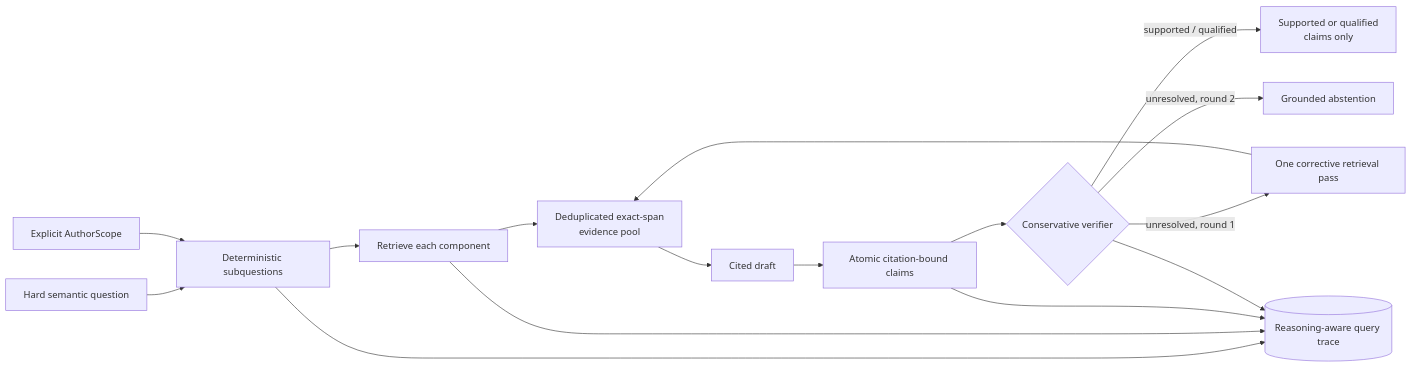
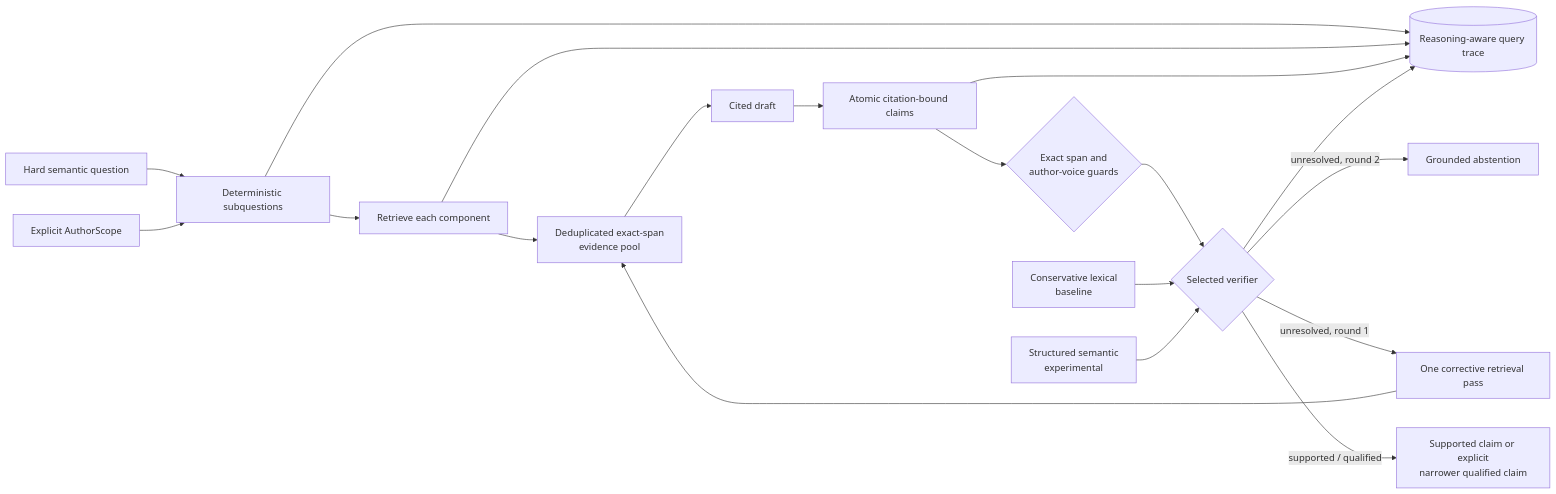
One commit to BrentWilkins/author-corpus-rag changed the ninth of 10 diagrams in docs/architecture.md. Above: the diagram before and after it, drawn with Mermaid. The commit also changed other lines of this file and 16 other files, not shown here.

Commit message:
Add evaluated semantic claim verification

````diff
--- a/docs/architecture.md
+++ b/docs/architecture.md
@@ -411,26 +411,32 @@
 ```mermaid
 flowchart LR
     question[Hard semantic question]
     scope[Explicit AuthorScope]
     plan[Deterministic subquestions]
     retrieve[Retrieve each component]
     pool[Deduplicated exact-span<br/>evidence pool]
     draft[Cited draft]
     claims[Atomic citation-bound claims]
-    verify{Conservative verifier}
-    answer[Supported or qualified<br/>claims only]
+    guard{Exact span and<br/>author-voice guards}
+    verify{Selected verifier}
+    conservative[Conservative lexical<br/>baseline]
+    semantic[Structured semantic<br/>experimental]
+    answer[Supported claim or explicit<br/>narrower qualified claim]
     retry[One corrective retrieval pass]
     abstain[Grounded abstention]
     trace[(Reasoning-aware query trace)]
 
     question --> plan
     scope --> plan
-    plan --> retrieve --> pool --> draft --> claims --> verify
+    plan --> retrieve --> pool --> draft --> claims --> guard
+    guard --> verify
+    conservative --> verify
+    semantic --> verify
     verify -->|supported / qualified| answer
     verify -->|unresolved, round 1| retry --> pool
     verify -->|unresolved, round 2| abstain
     plan --> trace
     retrieve --> trace
     claims --> trace
     verify --> trace
 ```
````
